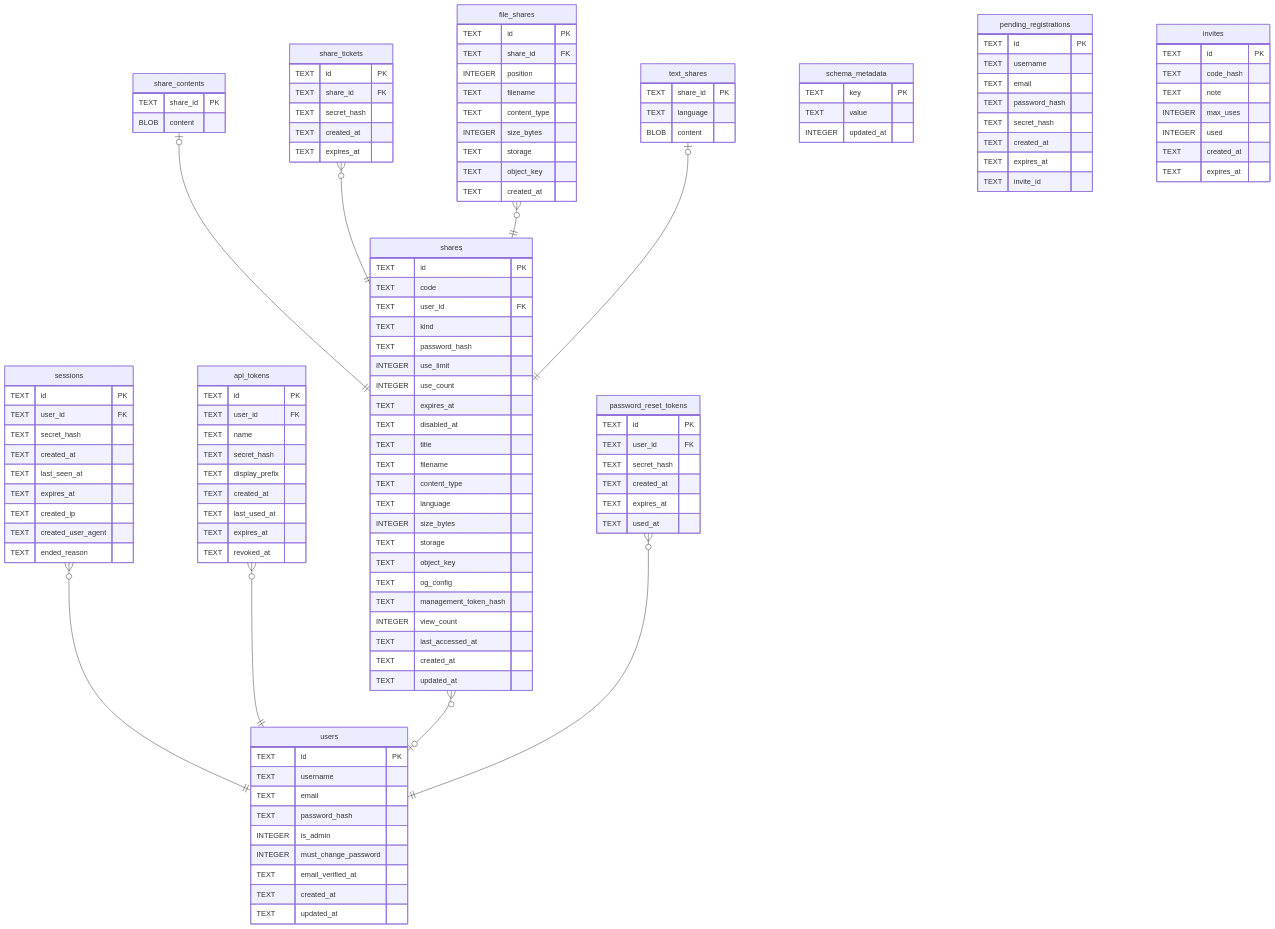
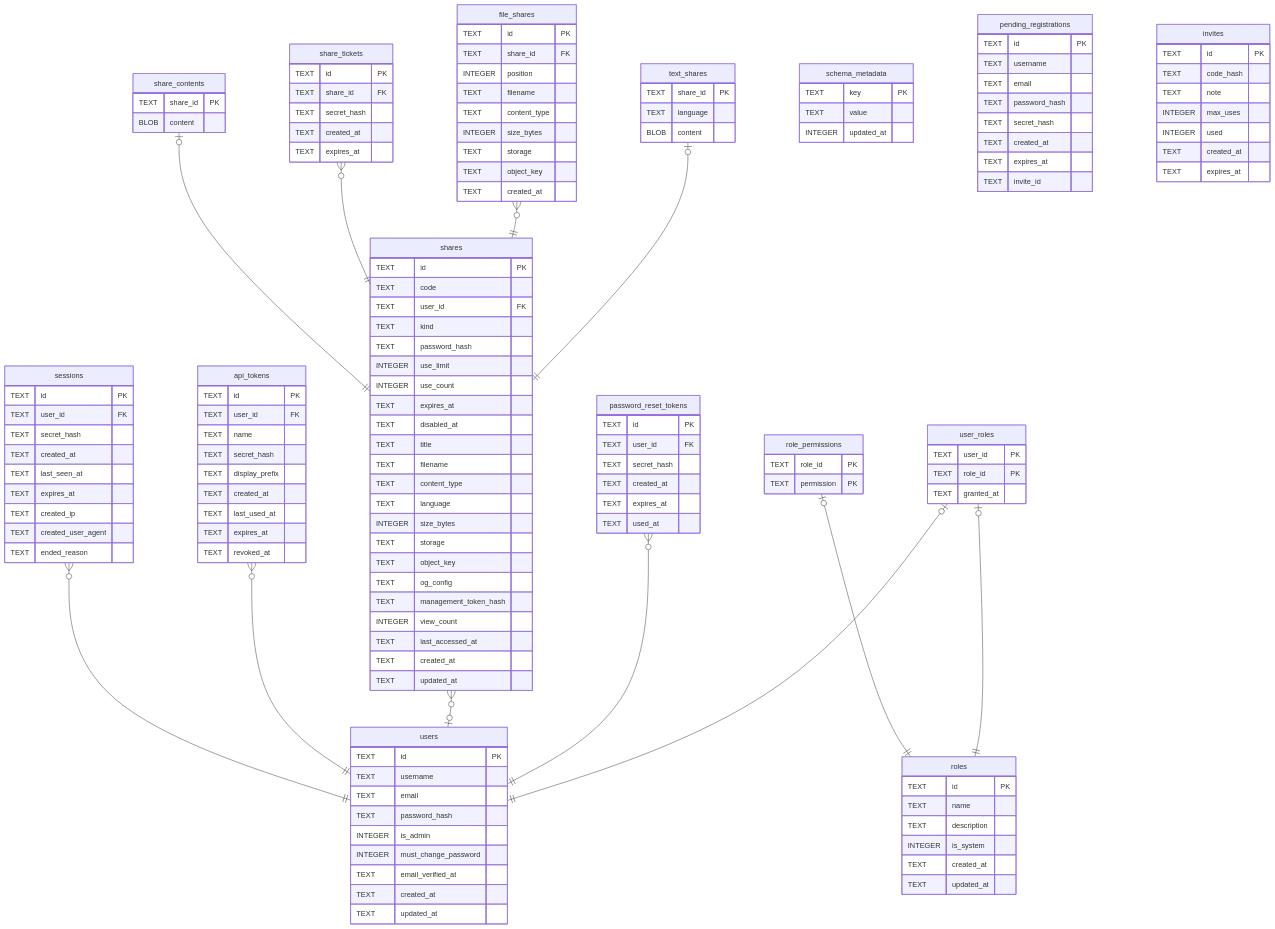
Before and after one commit to Limatura/tessera: the diagram in docs/schema/README.md, drawn with Mermaid. The commit also changed other lines of this file and 29 other files, not shown here.

````diff
--- a/docs/schema/README.md
+++ b/docs/schema/README.md
@@ -30,6 +33,9 @@
 "password_reset_tokens" }o--|| "users" : ""
 "file_shares" }o--|| "shares" : ""
 "text_shares" |o--|| "shares" : ""
+"role_permissions" |o--|| "roles" : ""
+"user_roles" |o--|| "roles" : ""
+"user_roles" |o--|| "users" : ""
 
 "schema_metadata" {
   TEXT key PK
@@ -147,4 +153,21 @@
   TEXT language
   BLOB content
 }
+"roles" {
+  TEXT id PK
+  TEXT name
+  TEXT description
+  INTEGER is_system
+  TEXT created_at
+  TEXT updated_at
+}
+"role_permissions" {
+  TEXT role_id PK
+  TEXT permission PK
+}
+"user_roles" {
+  TEXT user_id PK
+  TEXT role_id PK
+  TEXT granted_at
+}
 ```
````
